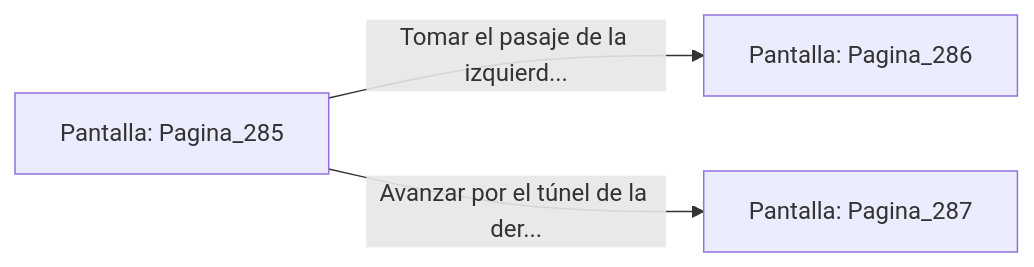
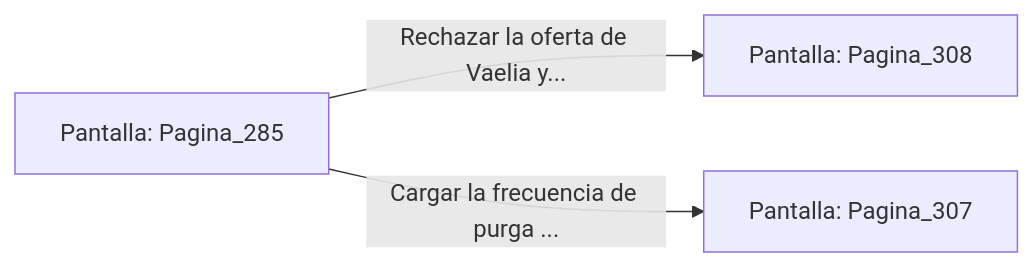
Before and after one commit to metsuke/mpl: the diagram in sample/eligejuego-vault/Pantalla_Pagina_285.md, drawn with Mermaid. The commit also changed other lines of this file and 635 other files, not shown here.

First line of the commit message:
fix: añadir Pagina_1 como pantalla inicial en capitulo_01.mpl

````diff
--- a/sample/eligejuego-vault/Pantalla_Pagina_285.md
+++ b/sample/eligejuego-vault/Pantalla_Pagina_285.md
@@ -20,6 +24,6 @@
 ```mermaid
 graph LR
     P_Pagina_285["Pantalla: Pagina_285"]
-    P_Pagina_285 -->|"Tomar el pasaje de la izquierd..."| P_Pagina_286["Pantalla: Pagina_286"]
-    P_Pagina_285 -->|"Avanzar por el túnel de la der..."| P_Pagina_287["Pantalla: Pagina_287"]
+    P_Pagina_285 -->|"Rechazar la oferta de Vaelia y..."| P_Pagina_308["Pantalla: Pagina_308"]
+    P_Pagina_285 -->|"Cargar la frecuencia de purga ..."| P_Pagina_307["Pantalla: Pagina_307"]
 ```
````
